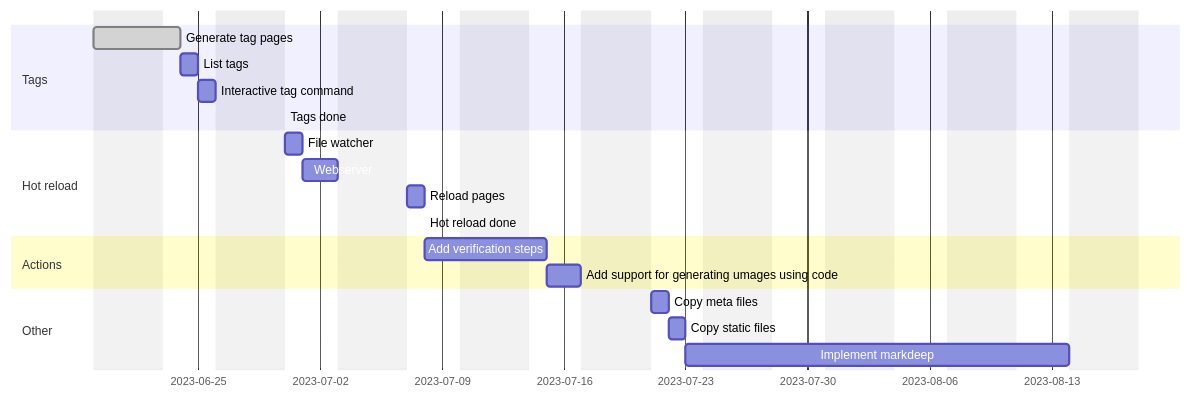
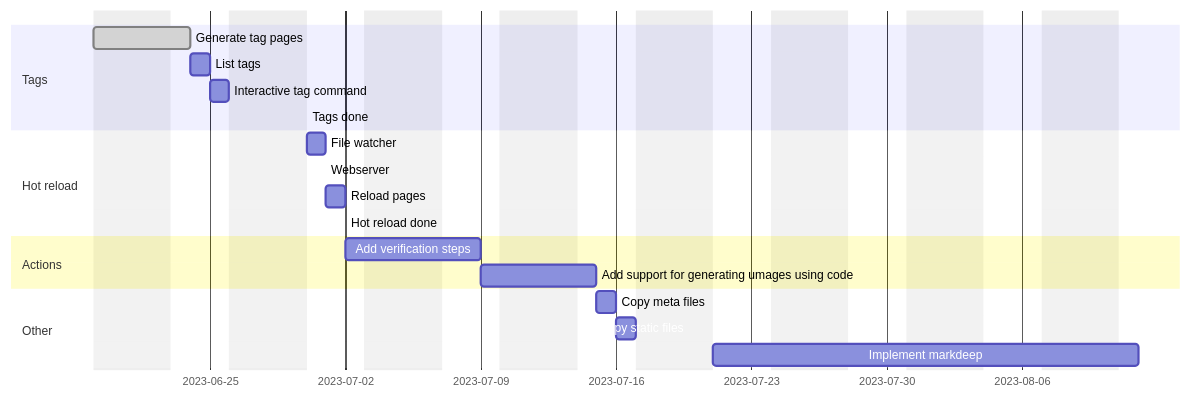
The diagram in readme.md (madeso/blaggen), drawn with Mermaid before and after one commit.

Commit message:
Marking webserver as done

````diff
--- a/readme.md
+++ b/readme.md
@@ -43,28 +43,28 @@
 ```mermaid
 gantt
     dateFormat  YYYY-MM-DD
     section Plan
     excludes monday, tuesday, wednesday, thursday
 
     section Tags
     Generate tag pages: done, tag_pages, 2023-06-19, 2d
     List tags: list_tags, after tag_pages, 1d
     Interactive tag command: tag_command, after list_tags, 1d
     Tags done: tags_done, after tag_command, 0h
 
     section Hot reload
     File watcher: file_watcher, after tags_done, 1d
-    Webserver: webserver, after file_watcher, 2d
+    Webserver: done, webserver, after file_watcher, 0d
     Reload pages: reload_pages, after webserver, 1d
     Hot reload done: hotreload_done, after reload_pages, 0d
     
     section Actions
     Add verification steps: action_verify, after hotreload_done, 3d
     Add support for generating umages using code: action_image, after action_verify, 2d
 
     section Other
     Copy meta files: copy_meta, after action_image, 1d
     Copy static files: copy_static, after copy_meta, 1d
 
     Implement markdeep: after copy_static, 10d
 ```
````
